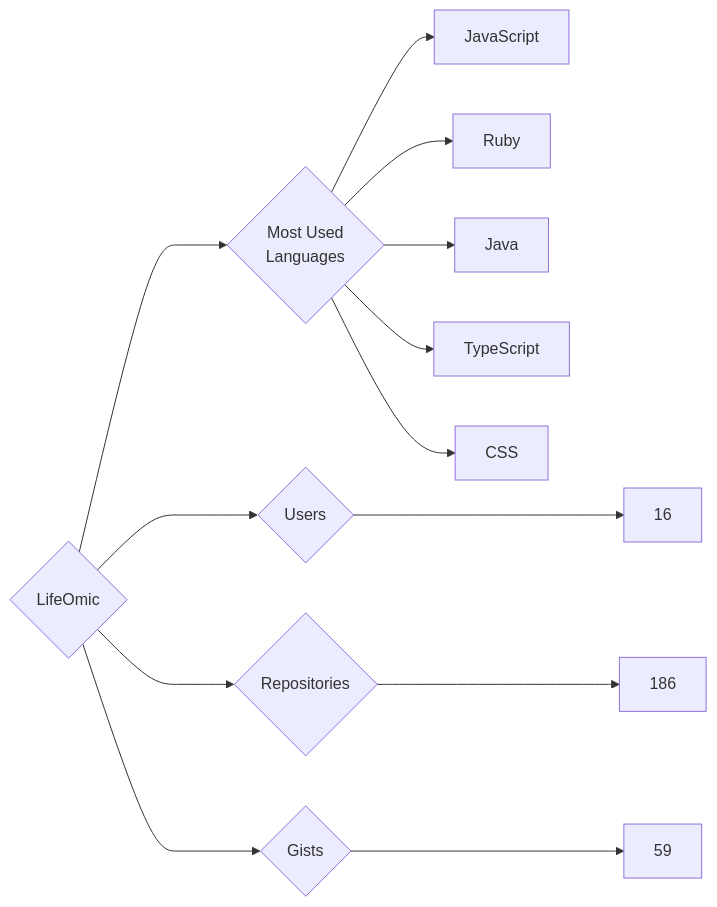
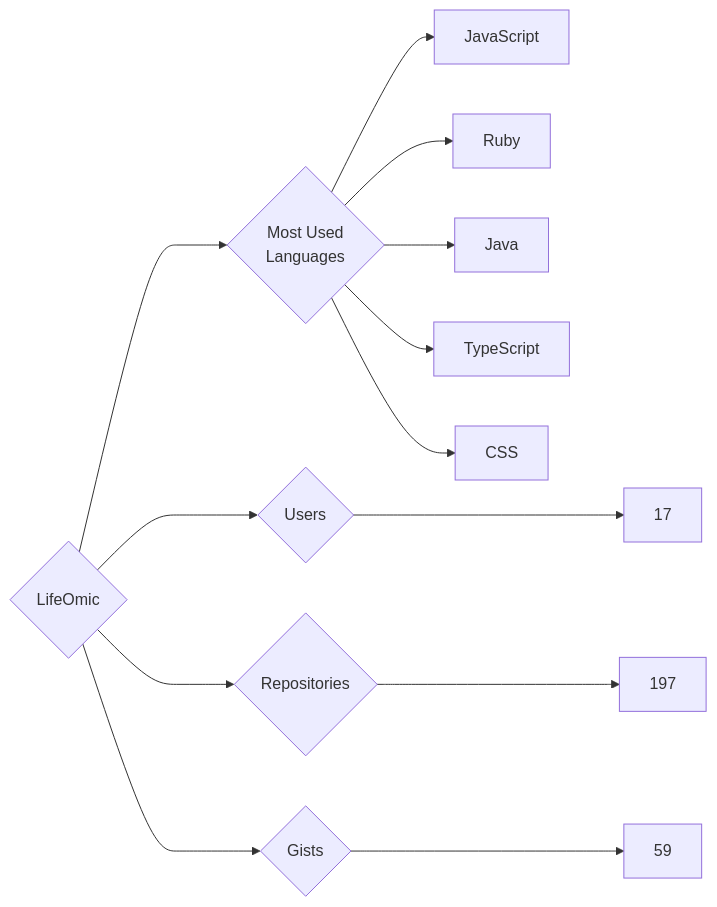
Before and after one commit to trickest/insiders: the diagram in targets/LifeOmic/README.md, drawn with Mermaid. The commit also changed 1484 other files, not shown here.

````diff
--- a/targets/LifeOmic/README.md
+++ b/targets/LifeOmic/README.md
@@ -3,13 +3,13 @@
 ```mermaid
 graph LR
 COMPANY_NAME{LifeOmic}
-COMPANY_NAME ---> U{Users} ---> UN[16]
-COMPANY_NAME ---> R{Repositories} ---> RN[186]
+COMPANY_NAME ---> U{Users} ---> UN[17]
+COMPANY_NAME ---> R{Repositories} ---> RN[197]
 COMPANY_NAME ---> G{Gists} ---> GN[59]
 COMPANY_NAME ---> ML{Most Used<br>Languages}
 ML --> JavaScript[JavaScript]
 ML --> Ruby[Ruby]
 ML --> Java[Java]
 ML --> TypeScript[TypeScript]
 ML --> CSS[CSS]
 ```
````
